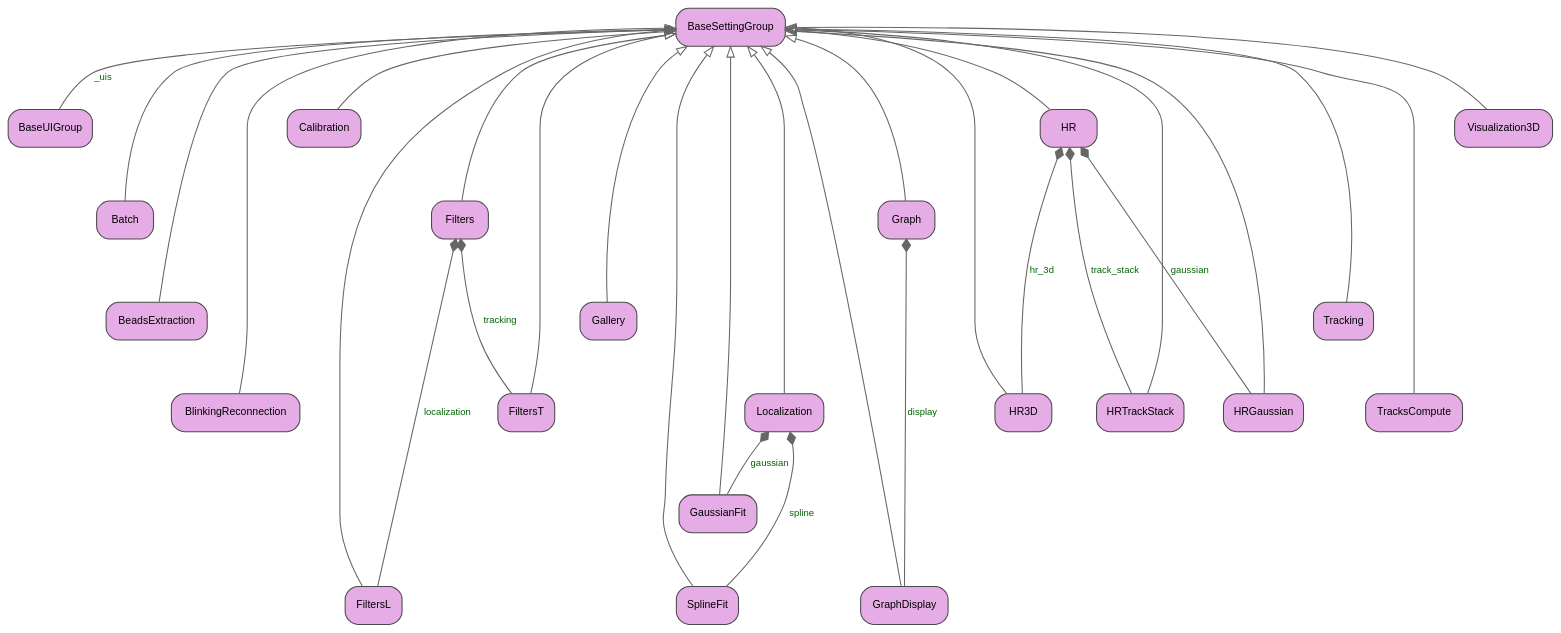
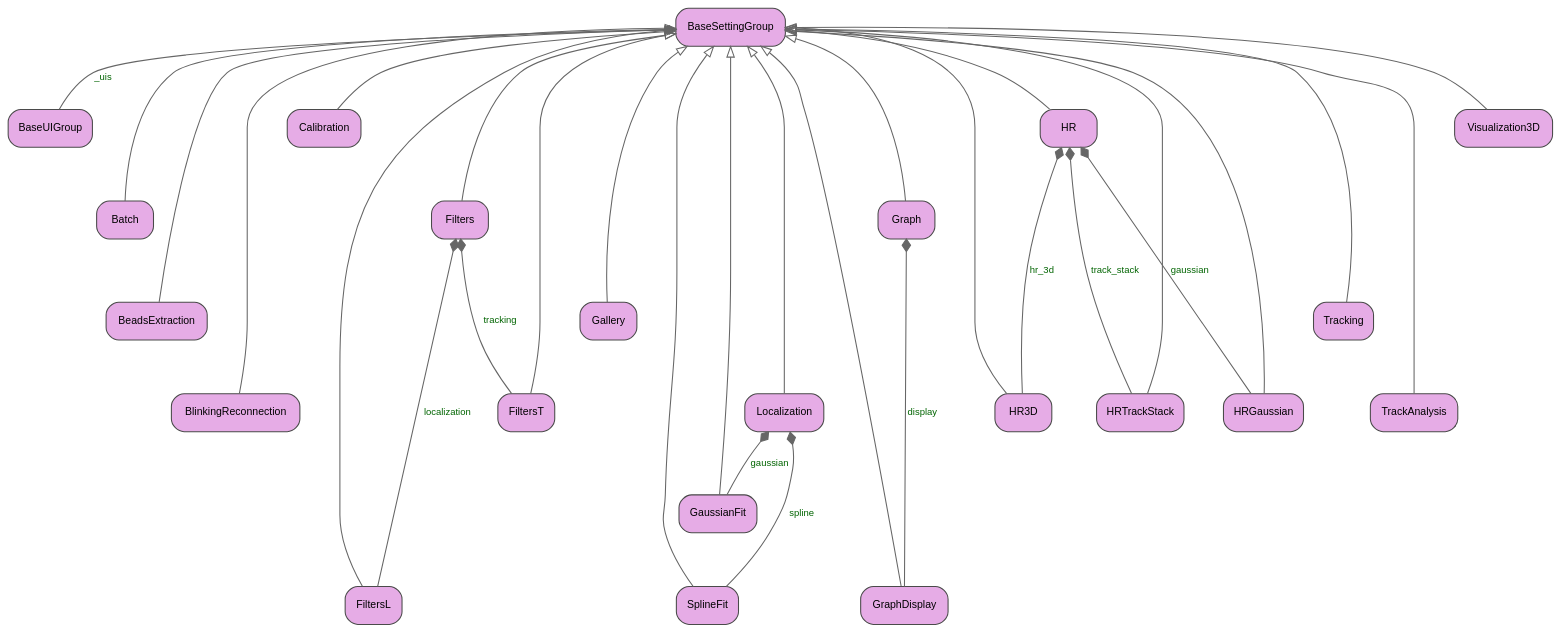
The diagram in docs/_static/graph/classes_groups.dot (tmonseigne/palm-tracer), drawn with Graphviz before and after one commit. The commit also changed 31 other files, not shown here.

Commit message:
:truck: Track Compute to Track Analysis

```diff
--- a/docs/_static/graph/classes_groups.dot
+++ b/docs/_static/graph/classes_groups.dot
@@ -1,58 +1,58 @@
 digraph "classes_groups" {
 graph [bgcolor="transparent", nodesep="0.35", pad="0.2", rankdir="BT", ranksep="0.7"];
 node [color="#4a4a4a", fillcolor="#e6ace6", fontcolor="black", fontname="Helvetica", fontsize="10", shape="box", style="filled,rounded"];
 edge [color="#666666", fontcolor="#006400", fontname="Helvetica", fontsize="9"];
 
 "palm_tracer.Settings.Groups.BaseSettingGroup.BaseSettingGroup" [label="BaseSettingGroup"];
 "palm_tracer.Settings.Groups.BaseUIGroup.BaseUIGroup" [label="BaseUIGroup"];
 "palm_tracer.Settings.Groups.Batch.Batch" [label="Batch"];
 "palm_tracer.Settings.Groups.BeadsExtraction.BeadsExtraction" [label="BeadsExtraction"];
 "palm_tracer.Settings.Groups.BlinkingReconnection.BlinkingReconnection" [label="BlinkingReconnection"];
 "palm_tracer.Settings.Groups.Calibration.Calibration" [label="Calibration"];
 "palm_tracer.Settings.Groups.Filters.Filters" [label="Filters"];
 "palm_tracer.Settings.Groups.FiltersL.FiltersL" [label="FiltersL"];
 "palm_tracer.Settings.Groups.FiltersT.FiltersT" [label="FiltersT"];
 "palm_tracer.Settings.Groups.Gallery.Gallery" [label="Gallery"];
 "palm_tracer.Settings.Groups.GaussianFit.GaussianFit" [label="GaussianFit"];
 "palm_tracer.Settings.Groups.Graph.Graph" [label="Graph"];
 "palm_tracer.Settings.Groups.GraphDisplay.GraphDisplay" [label="GraphDisplay"];
 "palm_tracer.Settings.Groups.HR.HR" [label="HR"];
 "palm_tracer.Settings.Groups.HR3D.HR3D" [label="HR3D"];
 "palm_tracer.Settings.Groups.HRGaussian.HRGaussian" [label="HRGaussian"];
 "palm_tracer.Settings.Groups.HRTrackStack.HRTrackStack" [label="HRTrackStack"];
 "palm_tracer.Settings.Groups.Localization.Localization" [label="Localization"];
 "palm_tracer.Settings.Groups.SplineFit.SplineFit" [label="SplineFit"];
 "palm_tracer.Settings.Groups.Tracking.Tracking" [label="Tracking"];
-"palm_tracer.Settings.Groups.TracksCompute.TracksCompute" [label="TracksCompute"];
+"palm_tracer.Settings.Groups.TrackAnalysis.TrackAnalysis" [label="TrackAnalysis"];
 "palm_tracer.Settings.Groups.Visualization3D.Visualization3D" [label="Visualization3D"];
 
 "palm_tracer.Settings.Groups.BaseUIGroup.BaseUIGroup" -> "palm_tracer.Settings.Groups.BaseSettingGroup.BaseSettingGroup" [arrowhead="diamond", arrowtail="none", fontcolor="#006400", label="_uis", minlen="1"];
 "palm_tracer.Settings.Groups.Batch.Batch" -> "palm_tracer.Settings.Groups.BaseSettingGroup.BaseSettingGroup" [arrowhead="empty", arrowtail="none", minlen="2"];
 "palm_tracer.Settings.Groups.BeadsExtraction.BeadsExtraction" -> "palm_tracer.Settings.Groups.BaseSettingGroup.BaseSettingGroup" [arrowhead="empty", arrowtail="none", minlen="3"];
 "palm_tracer.Settings.Groups.BlinkingReconnection.BlinkingReconnection" -> "palm_tracer.Settings.Groups.BaseSettingGroup.BaseSettingGroup" [arrowhead="empty", arrowtail="none", minlen="4"];
 "palm_tracer.Settings.Groups.Calibration.Calibration" -> "palm_tracer.Settings.Groups.BaseSettingGroup.BaseSettingGroup" [arrowhead="empty", arrowtail="none", minlen="1"];
 "palm_tracer.Settings.Groups.Filters.Filters" -> "palm_tracer.Settings.Groups.BaseSettingGroup.BaseSettingGroup" [arrowhead="empty", arrowtail="none", minlen="2"];
 "palm_tracer.Settings.Groups.FiltersL.FiltersL" -> "palm_tracer.Settings.Groups.BaseSettingGroup.BaseSettingGroup" [arrowhead="empty", arrowtail="none", minlen="3"];
 "palm_tracer.Settings.Groups.FiltersL.FiltersL" -> "palm_tracer.Settings.Groups.Filters.Filters" [arrowhead="diamond", arrowtail="none", fontcolor="#006400", label="localization", minlen="4"];
 "palm_tracer.Settings.Groups.FiltersT.FiltersT" -> "palm_tracer.Settings.Groups.BaseSettingGroup.BaseSettingGroup" [arrowhead="empty", arrowtail="none", minlen="1"];
 "palm_tracer.Settings.Groups.FiltersT.FiltersT" -> "palm_tracer.Settings.Groups.Filters.Filters" [arrowhead="diamond", arrowtail="none", fontcolor="#006400", label="tracking", minlen="2"];
 "palm_tracer.Settings.Groups.Gallery.Gallery" -> "palm_tracer.Settings.Groups.BaseSettingGroup.BaseSettingGroup" [arrowhead="empty", arrowtail="none", minlen="3"];
 "palm_tracer.Settings.Groups.GaussianFit.GaussianFit" -> "palm_tracer.Settings.Groups.BaseSettingGroup.BaseSettingGroup" [arrowhead="empty", arrowtail="none", minlen="4"];
 "palm_tracer.Settings.Groups.GaussianFit.GaussianFit" -> "palm_tracer.Settings.Groups.Localization.Localization" [arrowhead="diamond", arrowtail="none", fontcolor="#006400", label="gaussian", minlen="1"];
 "palm_tracer.Settings.Groups.Graph.Graph" -> "palm_tracer.Settings.Groups.BaseSettingGroup.BaseSettingGroup" [arrowhead="empty", arrowtail="none", minlen="2"];
 "palm_tracer.Settings.Groups.GraphDisplay.GraphDisplay" -> "palm_tracer.Settings.Groups.BaseSettingGroup.BaseSettingGroup" [arrowhead="empty", arrowtail="none", minlen="3"];
 "palm_tracer.Settings.Groups.GraphDisplay.GraphDisplay" -> "palm_tracer.Settings.Groups.Graph.Graph" [arrowhead="diamond", arrowtail="none", fontcolor="#006400", label="display", minlen="4"];
 "palm_tracer.Settings.Groups.HR.HR" -> "palm_tracer.Settings.Groups.BaseSettingGroup.BaseSettingGroup" [arrowhead="empty", arrowtail="none", minlen="1"];
 "palm_tracer.Settings.Groups.HR3D.HR3D" -> "palm_tracer.Settings.Groups.BaseSettingGroup.BaseSettingGroup" [arrowhead="empty", arrowtail="none", minlen="2"];
 "palm_tracer.Settings.Groups.HR3D.HR3D" -> "palm_tracer.Settings.Groups.HR.HR" [arrowhead="diamond", arrowtail="none", fontcolor="#006400", label="hr_3d", minlen="3"];
 "palm_tracer.Settings.Groups.HRGaussian.HRGaussian" -> "palm_tracer.Settings.Groups.BaseSettingGroup.BaseSettingGroup" [arrowhead="empty", arrowtail="none", minlen="4"];
 "palm_tracer.Settings.Groups.HRGaussian.HRGaussian" -> "palm_tracer.Settings.Groups.HR.HR" [arrowhead="diamond", arrowtail="none", fontcolor="#006400", label="gaussian", minlen="1"];
 "palm_tracer.Settings.Groups.HRTrackStack.HRTrackStack" -> "palm_tracer.Settings.Groups.BaseSettingGroup.BaseSettingGroup" [arrowhead="empty", arrowtail="none", minlen="2"];
 "palm_tracer.Settings.Groups.HRTrackStack.HRTrackStack" -> "palm_tracer.Settings.Groups.HR.HR" [arrowhead="diamond", arrowtail="none", fontcolor="#006400", label="track_stack", minlen="3"];
 "palm_tracer.Settings.Groups.Localization.Localization" -> "palm_tracer.Settings.Groups.BaseSettingGroup.BaseSettingGroup" [arrowhead="empty", arrowtail="none", minlen="4"];
 "palm_tracer.Settings.Groups.SplineFit.SplineFit" -> "palm_tracer.Settings.Groups.BaseSettingGroup.BaseSettingGroup" [arrowhead="empty", arrowtail="none", minlen="1"];
 "palm_tracer.Settings.Groups.SplineFit.SplineFit" -> "palm_tracer.Settings.Groups.Localization.Localization" [arrowhead="diamond", arrowtail="none", fontcolor="#006400", label="spline", minlen="2"];
 "palm_tracer.Settings.Groups.Tracking.Tracking" -> "palm_tracer.Settings.Groups.BaseSettingGroup.BaseSettingGroup" [arrowhead="empty", arrowtail="none", minlen="3"];
-"palm_tracer.Settings.Groups.TracksCompute.TracksCompute" -> "palm_tracer.Settings.Groups.BaseSettingGroup.BaseSettingGroup" [arrowhead="empty", arrowtail="none", minlen="4"];
+"palm_tracer.Settings.Groups.TrackAnalysis.TrackAnalysis" -> "palm_tracer.Settings.Groups.BaseSettingGroup.BaseSettingGroup" [arrowhead="empty", arrowtail="none", minlen="4"];
 "palm_tracer.Settings.Groups.Visualization3D.Visualization3D" -> "palm_tracer.Settings.Groups.BaseSettingGroup.BaseSettingGroup" [arrowhead="empty", arrowtail="none", minlen="1"];
 }
```
